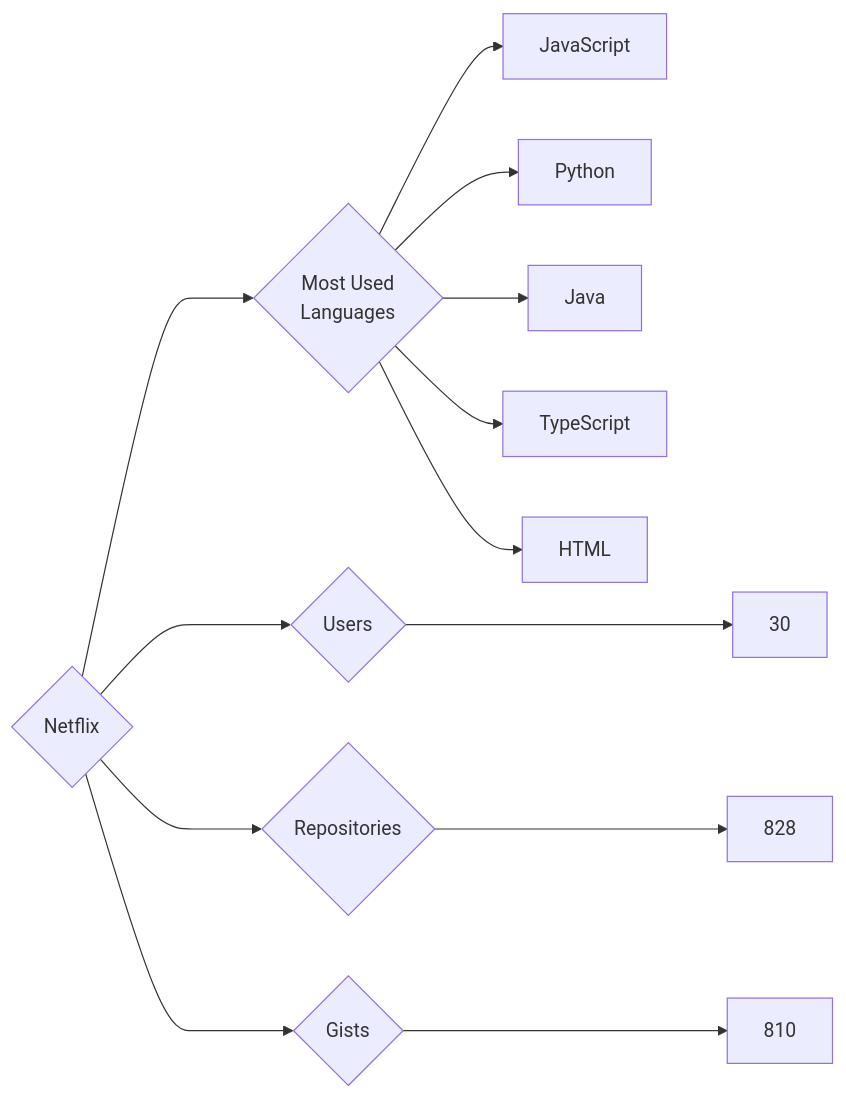
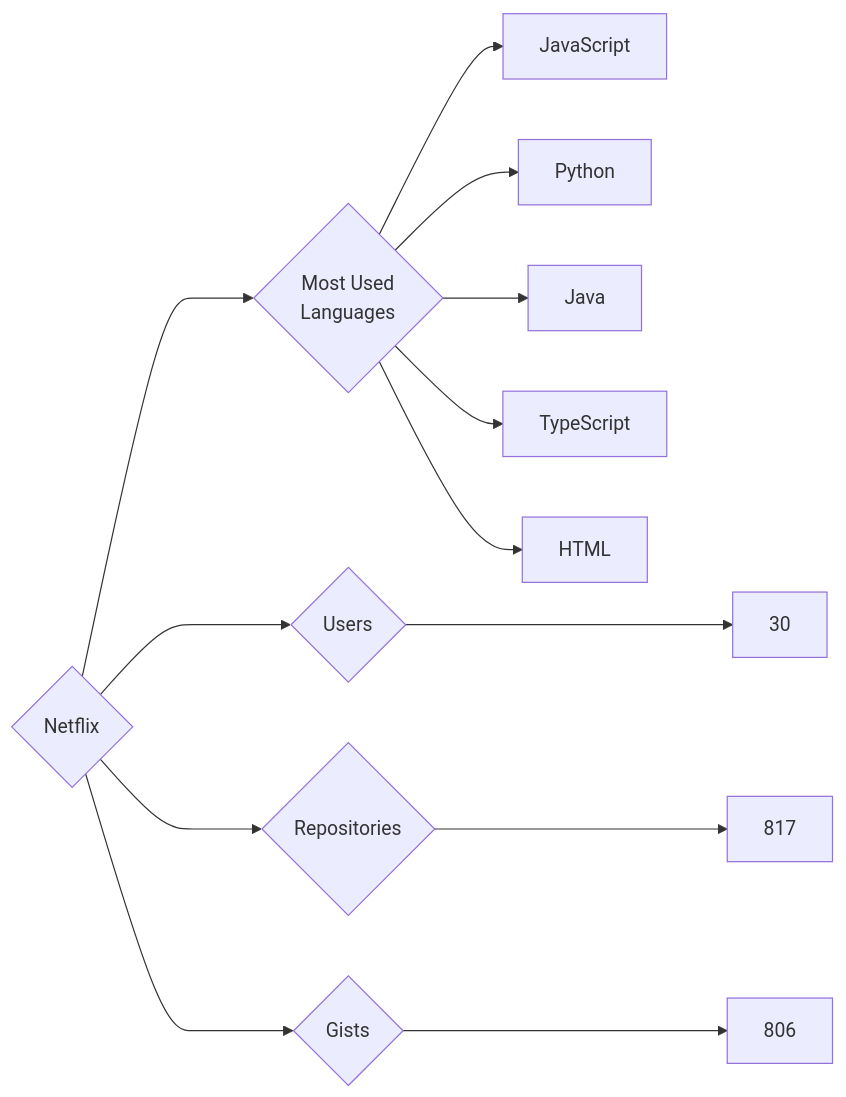
The diagram in targets/Netflix/README.md (trickest/insiders), drawn with Mermaid before and after one commit. The commit also changed 1508 other files, not shown here.

````diff
--- a/targets/Netflix/README.md
+++ b/targets/Netflix/README.md
@@ -3,13 +3,13 @@
 ```mermaid
 graph LR
 COMPANY_NAME{Netflix}
 COMPANY_NAME ---> U{Users} ---> UN[30]
-COMPANY_NAME ---> R{Repositories} ---> RN[828]
-COMPANY_NAME ---> G{Gists} ---> GN[810]
+COMPANY_NAME ---> R{Repositories} ---> RN[817]
+COMPANY_NAME ---> G{Gists} ---> GN[806]
 COMPANY_NAME ---> ML{Most Used<br>Languages}
 ML --> JavaScript[JavaScript]
 ML --> Python[Python]
 ML --> Java[Java]
 ML --> TypeScript[TypeScript]
 ML --> HTML[HTML]
 ```
````
